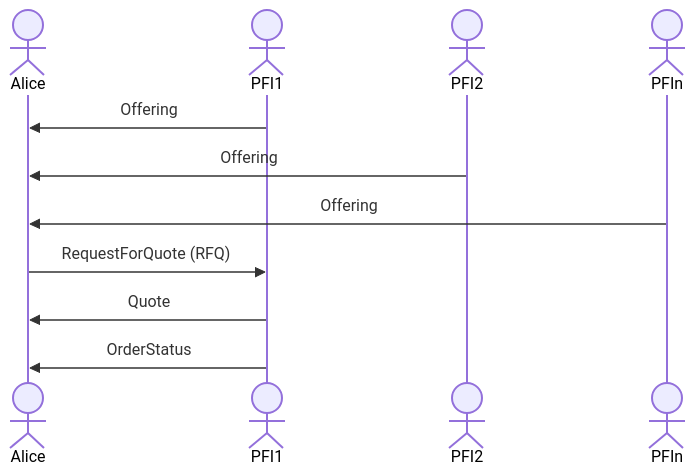
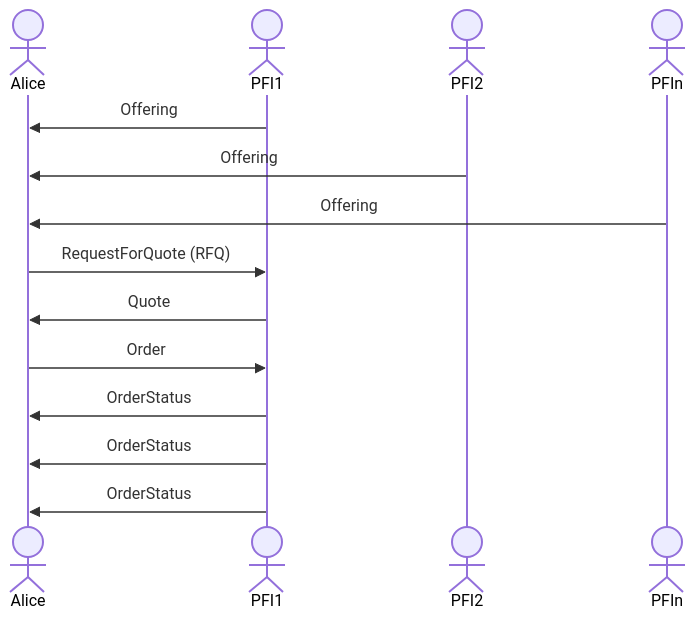
One commit to TBD54566975/tbdex changed the diagram in README.md. Above: the diagram before and after it, drawn with Mermaid. The commit also changed other lines of this file, not shown here.

````diff
--- a/README.md
+++ b/README.md
@@ -262,13 +443,16 @@
 ```mermaid
 sequenceDiagram
   actor Alice
 	actor PFI1
   actor PFI2
 	actor PFIn
 	PFI1->>Alice: Offering
 	PFI2->>Alice: Offering
 	PFIn->>Alice: Offering
   Alice->>PFI1: RequestForQuote (RFQ)
   PFI1->>Alice: Quote
+  Alice->>PFI1: Order
+  PFI1->>Alice: OrderStatus
+  PFI1->>Alice: OrderStatus
   PFI1->>Alice: OrderStatus
 ```
````
